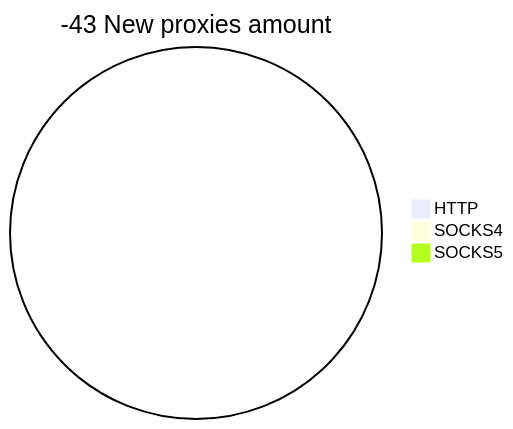
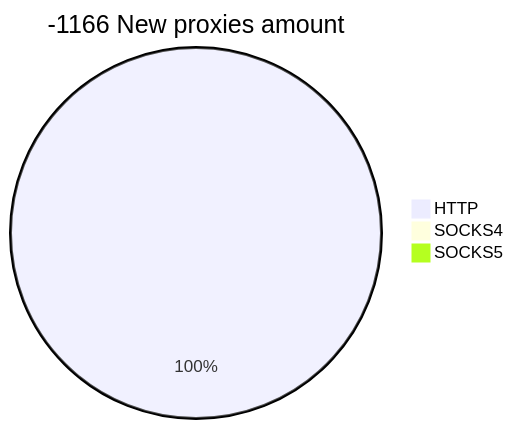
One commit to cutipu/proxylist changed the second of 2 diagrams in README.md. Above: the diagram before and after it, drawn with Mermaid. The commit also changed other lines of this file, not shown here.

````diff
--- a/README.md
+++ b/README.md
@@ -10,6 +10,6 @@
 ```mermaid
-pie title -43 New proxies amount
-    "HTTP" : 0
+pie title -1166 New proxies amount
+    "HTTP" : 32
     "SOCKS4" : 0
     "SOCKS5" : 0
 ```
````
